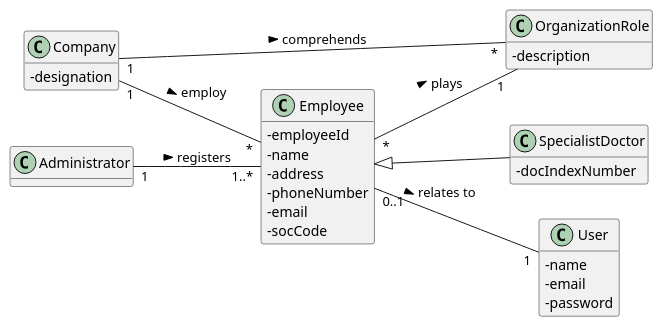
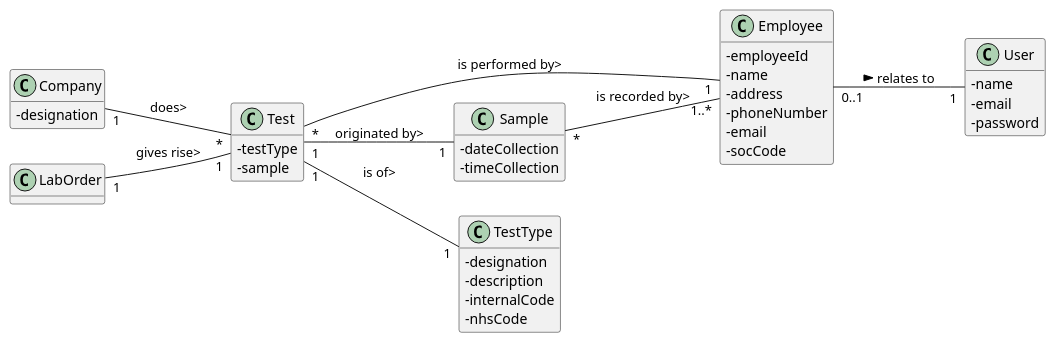
The diagram in docs/SprintC/US5_RecordTheSample/US005_MD.puml (Pedromaia26/LAPR2-ISEP), drawn with PlantUML before and after one commit. The commit also changed 7 other files, not shown here.

```diff
--- a/docs/SprintC/US5_RecordTheSample/US005_MD.puml
+++ b/docs/SprintC/US5_RecordTheSample/US005_MD.puml
@@ -1,46 +1,54 @@
 @startuml
 hide methods
 left to right direction
 skinparam classAttributeIconSize 0
 
 
 class Company {
   -designation
 }
 
 class Employee {
   -employeeId
   -name
   -address
   -phoneNumber
   -email
   -socCode
 }
 
-class OrganizationRole {
-  -description
-}
 
-class SpecialistDoctor {
-  -docIndexNumber
-}
-
-class Administrator {
-
-}
 
 class User{
   -name
   -email
   -password
 }
 
+class Test{
+
+-testType
+-sample
+}
+
+class Sample{
+
+-dateCollection
+-timeCollection
+}
+class TestType{
+-designation
+-description
+-internalCode
+-nhsCode
+}
 
 
-Company "1" -- "*" Employee : employ  >
-Company "1" -- "*" OrganizationRole : comprehends >
-Employee "*" -- "1" OrganizationRole : plays >
-Employee <|-- SpecialistDoctor
+Company "1" -- "*" Test: does>
+Test "1" -- "1" Sample : originated by>
+Test "*" -- "1" Employee : is performed by>
+Test "1" -- "1" TestType : is of>
 Employee "0..1" -- "1" User: relates to >
-Administrator "1" -- "1..*" Employee: registers >
+Sample "*" -- "1..*" Employee : is recorded by>
+LabOrder "1" -- "1" Test : gives rise>
 @enduml
```
